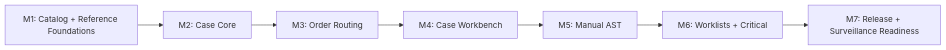
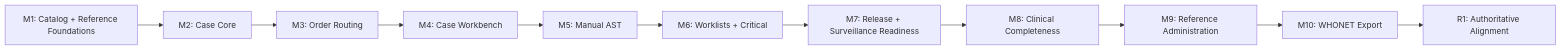
The diagram in specs/782-ogc-782-microbiology-mvp-spec/tasks.md (DIGI-UW/OpenELIS-Global-2), drawn with Mermaid before and after one commit. The commit also changed other lines of this file and 5 other files, not shown here.

````diff
--- a/specs/782-ogc-782-microbiology-mvp-spec/tasks.md
+++ b/specs/782-ogc-782-microbiology-mvp-spec/tasks.md
@@ -30,9 +30,13 @@
 ```mermaid
 graph LR
     M1["M1: Catalog + Reference Foundations"] --> M2["M2: Case Core"]
     M2 --> M3["M3: Order Routing"]
     M3 --> M4["M4: Case Workbench"]
     M4 --> M5["M5: Manual AST"]
     M5 --> M6["M6: Worklists + Critical"]
     M6 --> M7["M7: Release + Surveillance Readiness"]
+    M7 --> M8["M8: Clinical Completeness"]
+    M8 --> M9["M9: Reference Administration"]
+    M9 --> M10["M10: WHONET Export"]
+    M10 --> R1["R1: Authoritative Alignment"]
 ```
````
